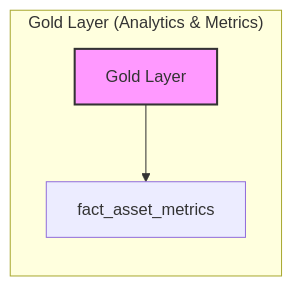
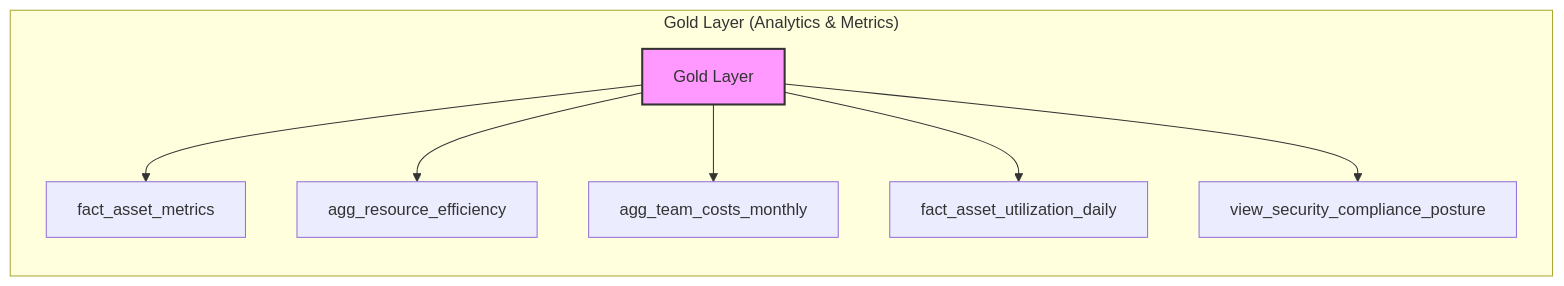
The diagram in app/docs/architecture/gold_layer.md (Andrew-GLB/vector-domain-search-api), drawn with Mermaid before and after one commit.

Commit message:
Gold layer mermaid diagram updated: 5 materialized views were created

````diff
--- a/app/docs/architecture/gold_layer.md
+++ b/app/docs/architecture/gold_layer.md
@@ -1,16 +1,23 @@
 ```mermaid
 graph TD
     subgraph Storage_Layer ["Gold Layer (Analytics & Metrics)"]
         direction TB
         GOLD[Gold Layer]
         
         %% Table Entities
         F_ASSET_METRICS[fact_asset_metrics]
-       
+        AGG_RES_EFF[agg_resource_efficiency]
+        AGG_TEAM_COSTS_M[agg_team_costs_monthly]
+        F_ASSET_DAILY[fact_asset_utilization_daily]
+        V_SEC_COMPLIANCE[view_security_compliance_posture]
+
         %% Connections
         GOLD --> F_ASSET_METRICS
-        
+        GOLD --> AGG_RES_EFF
+        GOLD --> AGG_TEAM_COSTS_M
+        GOLD --> F_ASSET_DAILY
+        GOLD --> V_SEC_COMPLIANCE
     end
 
     style GOLD fill:#f9f,stroke:#333,stroke-width:2px
 ```
````
